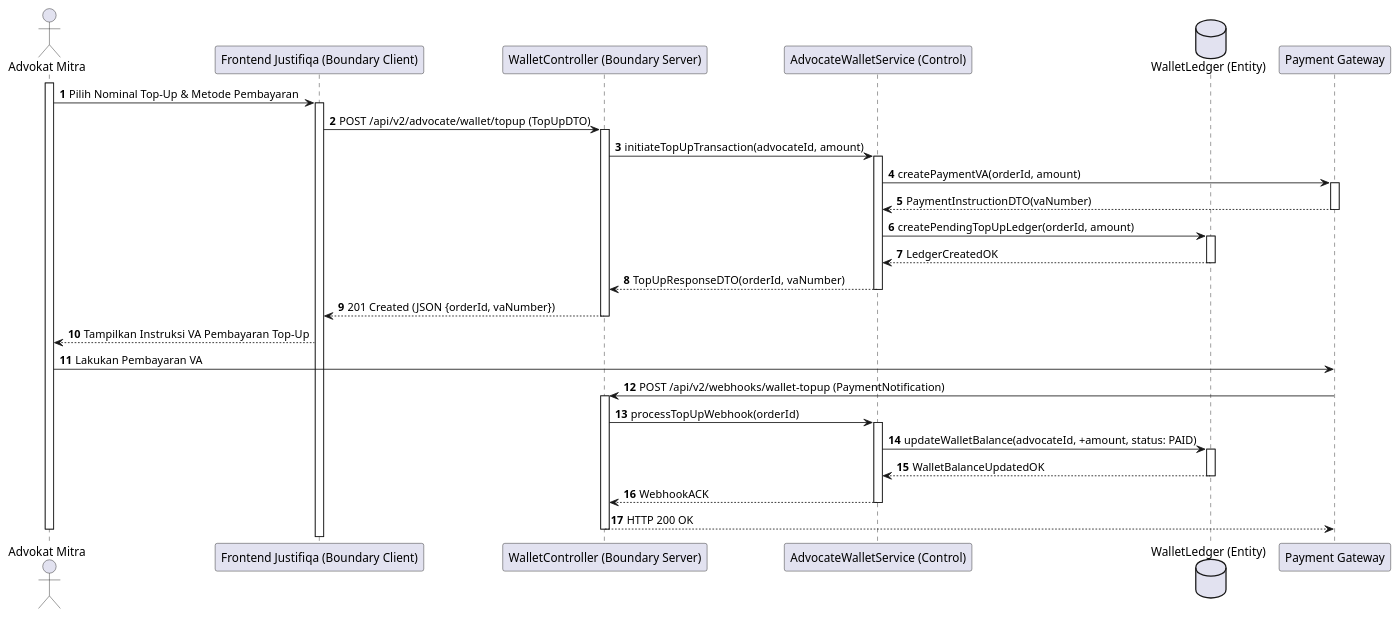
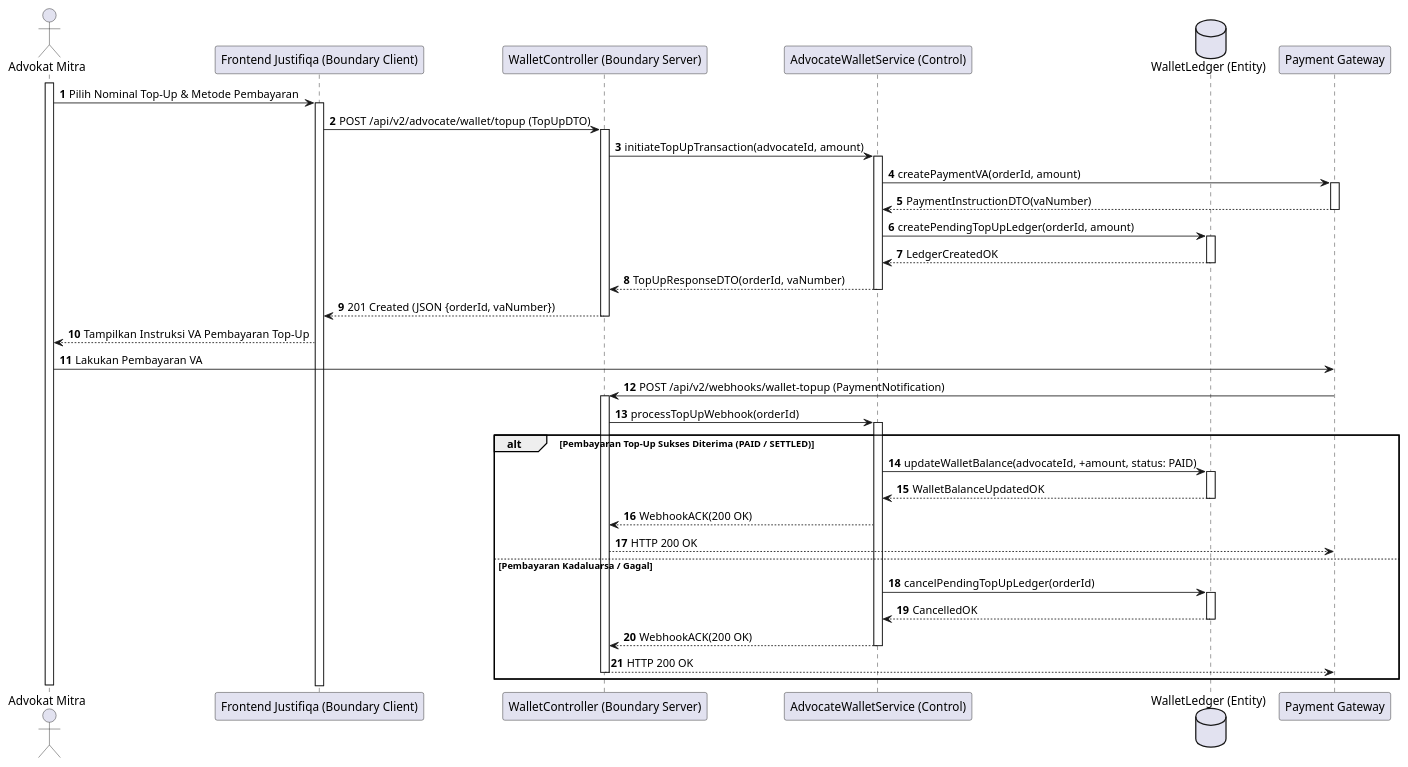
Before and after one commit to tupperwureism/SuperApp-Gagal: diagram 15 of 28 in MarkDown/plantuml_sequence_diagrams.md, drawn with PlantUML. The commit also changed other lines of this file and 1 other file, not shown here.

Commit message:
docs: Deep 1-to-1 logical synchronization across all 28 Sequence Diagrams with AD branches

````diff
--- a/MarkDown/plantuml_sequence_diagrams.md
+++ b/MarkDown/plantuml_sequence_diagrams.md
@@ -756,32 +859,40 @@
 ```plantuml
 @startuml
 autonumber
 actor "Advokat Mitra" as User
 participant "Frontend Justifiqa (Boundary Client)" as B_FE
 participant "WalletController (Boundary Server)" as B_BE
 participant "AdvocateWalletService (Control)" as C_Svc
 database "WalletLedger (Entity)" as E_DB
 participant "Payment Gateway" as Pay
 
 activate User
 User -> B_FE ++ : Pilih Nominal Top-Up & Metode Pembayaran
 B_FE -> B_BE ++ : POST /api/v2/advocate/wallet/topup (TopUpDTO)
 B_BE -> C_Svc ++ : initiateTopUpTransaction(advocateId, amount)
 C_Svc -> Pay ++ : createPaymentVA(orderId, amount)
 Pay --> C_Svc -- : PaymentInstructionDTO(vaNumber)
 C_Svc -> E_DB ++ : createPendingTopUpLedger(orderId, amount)
 E_DB --> C_Svc -- : LedgerCreatedOK
 C_Svc --> B_BE -- : TopUpResponseDTO(orderId, vaNumber)
 B_BE --> B_FE -- : 201 Created (JSON {orderId, vaNumber})
 B_FE --> User : Tampilkan Instruksi VA Pembayaran Top-Up
 
 User -> Pay : Lakukan Pembayaran VA
 Pay -> B_BE ++ : POST /api/v2/webhooks/wallet-topup (PaymentNotification)
 B_BE -> C_Svc ++ : processTopUpWebhook(orderId)
-C_Svc -> E_DB ++ : updateWalletBalance(advocateId, +amount, status: PAID)
-E_DB --> C_Svc -- : WalletBalanceUpdatedOK
-C_Svc --> B_BE -- : WebhookACK
-B_BE --> Pay -- : HTTP 200 OK
+
+alt Pembayaran Top-Up Sukses Diterima (PAID / SETTLED)
+    C_Svc -> E_DB ++ : updateWalletBalance(advocateId, +amount, status: PAID)
+    E_DB --> C_Svc -- : WalletBalanceUpdatedOK
+    C_Svc --> B_BE : WebhookACK(200 OK)
+    B_BE --> Pay : HTTP 200 OK
+else Pembayaran Kadaluarsa / Gagal
+    C_Svc -> E_DB ++ : cancelPendingTopUpLedger(orderId)
+    E_DB --> C_Svc -- : CancelledOK
+    C_Svc --> B_BE -- : WebhookACK(200 OK)
+    B_BE --> Pay -- : HTTP 200 OK
+end
 deactivate User
 @enduml
 ```
````
